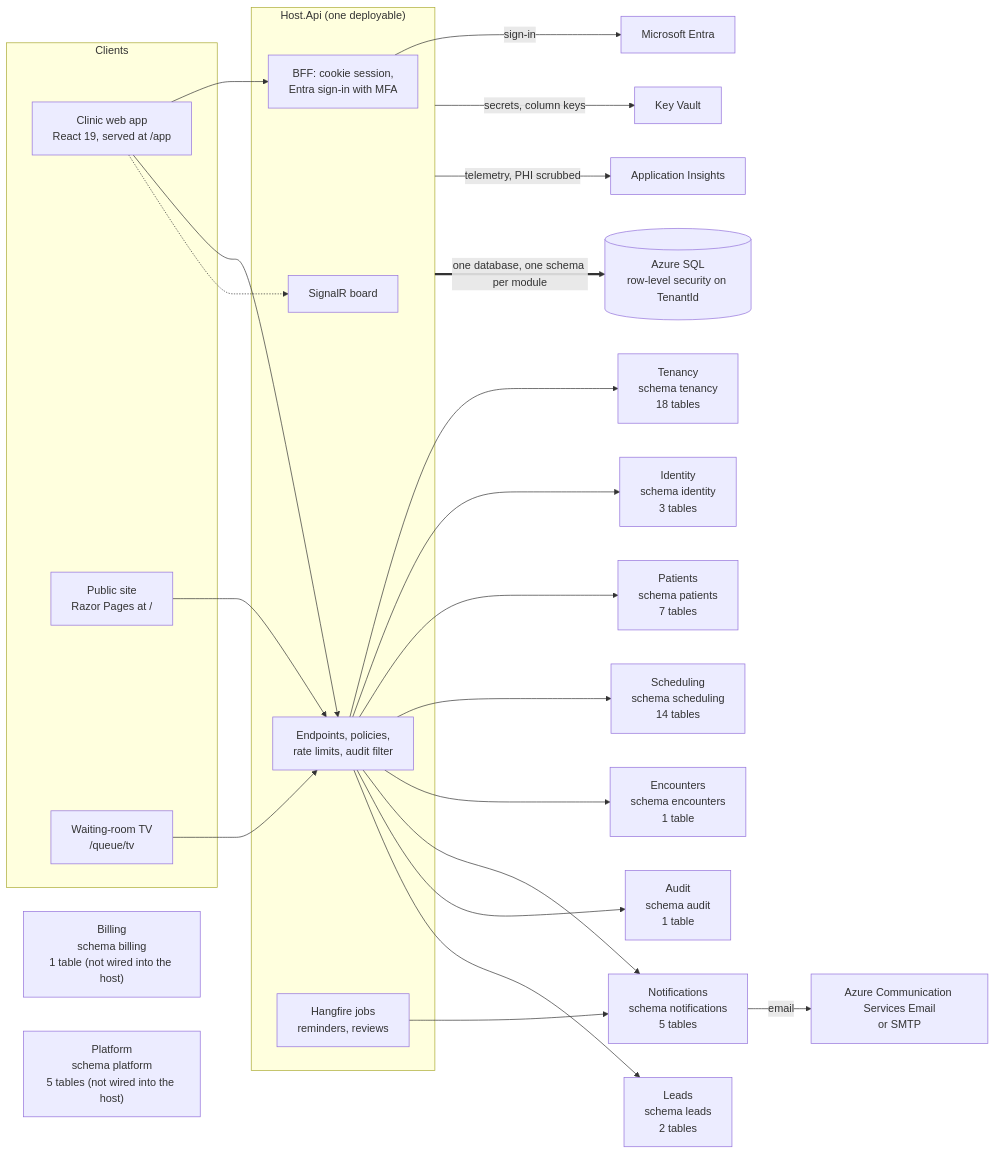
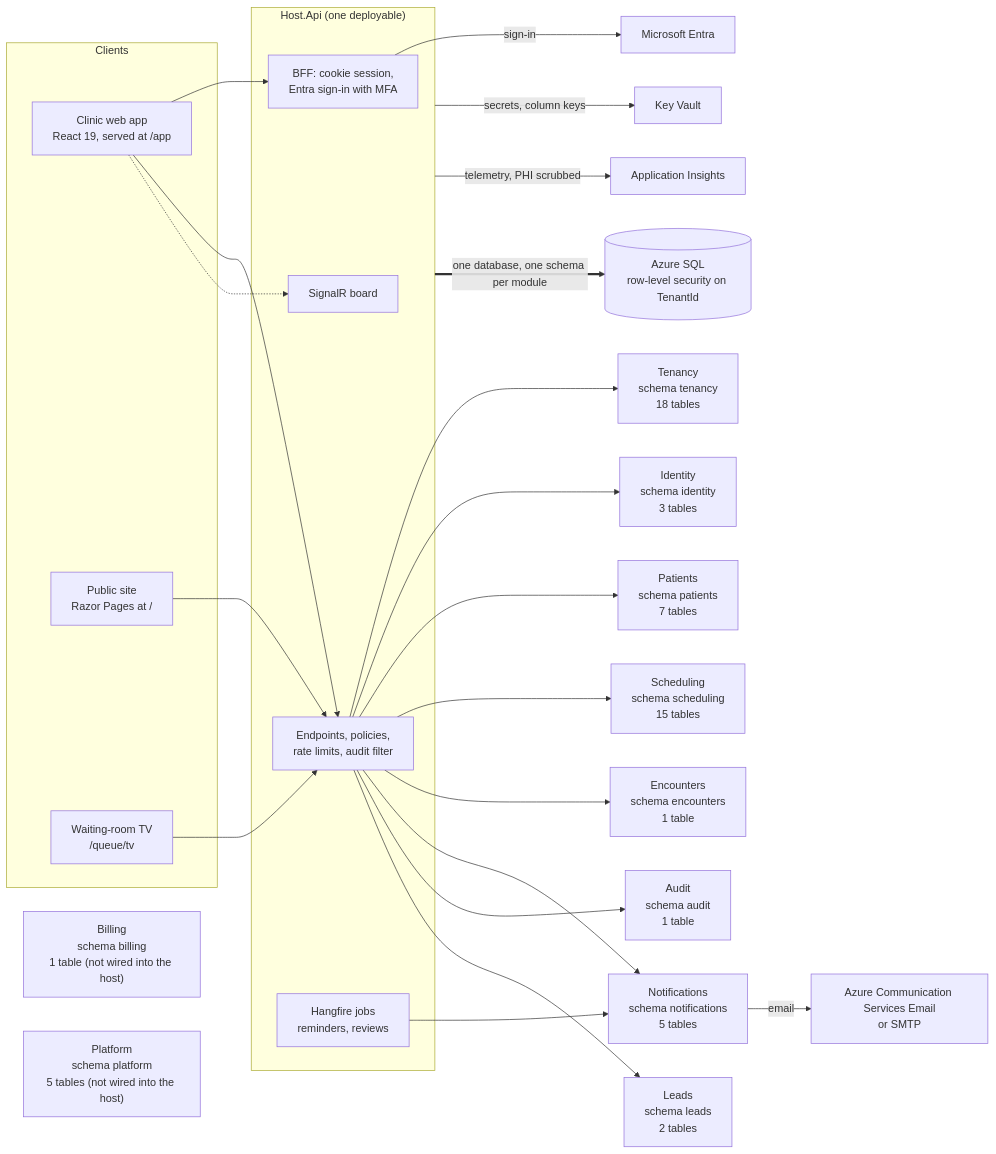
The first of 13 diagrams in docs/03-architecture/erd.md (ALFRED-LUCIFER/medvya), drawn with Mermaid before and after one commit. The commit also changed other lines of this file and 38 other files, not shown here.

````diff
--- a/docs/03-architecture/erd.md
+++ b/docs/03-architecture/erd.md
@@ -15,35 +15,35 @@
 ```mermaid
 flowchart LR
   subgraph Clients
     web["Clinic web app<br/>React 19, served at /app"]
     site["Public site<br/>Razor Pages at /"]
     tv["Waiting-room TV<br/>/queue/tv"]
   end
   subgraph Host["Host.Api (one deployable)"]
     bff["BFF: cookie session,<br/>Entra sign-in with MFA"]
     api["Endpoints, policies,<br/>rate limits, audit filter"]
     hub["SignalR board"]
     jobs["Hangfire jobs<br/>reminders, reviews"]
   end
   web --> bff
   web --> api
   web -.-> hub
   tv --> api
   site --> api
   api --> Tenancy["Tenancy<br/>schema tenancy<br/>18 tables"]
   api --> Identity["Identity<br/>schema identity<br/>3 tables"]
   api --> Patients["Patients<br/>schema patients<br/>7 tables"]
-  api --> Scheduling["Scheduling<br/>schema scheduling<br/>14 tables"]
+  api --> Scheduling["Scheduling<br/>schema scheduling<br/>15 tables"]
   api --> Encounters["Encounters<br/>schema encounters<br/>1 table"]
   api --> Notifications["Notifications<br/>schema notifications<br/>5 tables"]
   api --> Audit["Audit<br/>schema audit<br/>1 table"]
   api --> Leads["Leads<br/>schema leads<br/>2 tables"]
   Billing["Billing<br/>schema billing<br/>1 table (not wired into the host)"]
   Platform["Platform<br/>schema platform<br/>5 tables (not wired into the host)"]
   jobs --> Notifications
   bff -->|"sign-in"| entra["Microsoft Entra"]
   Notifications -->|"email"| mail["Azure Communication Services Email<br/>or SMTP"]
   Host -->|"secrets, column keys"| kv["Key Vault"]
   Host -->|"telemetry, PHI scrubbed"| ai["Application Insights"]
   Host ==>|"one database, one schema per module"| sql[("Azure SQL<br/>row-level security on TenantId")]
 ```
````
